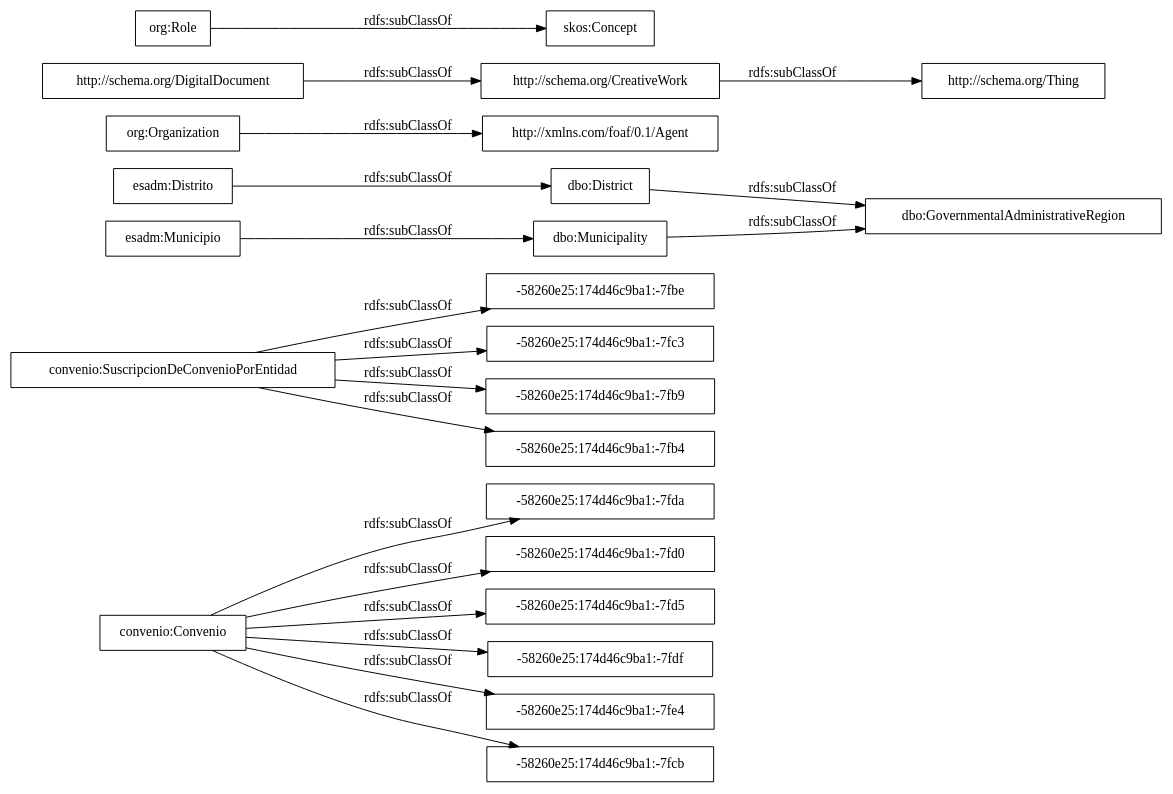
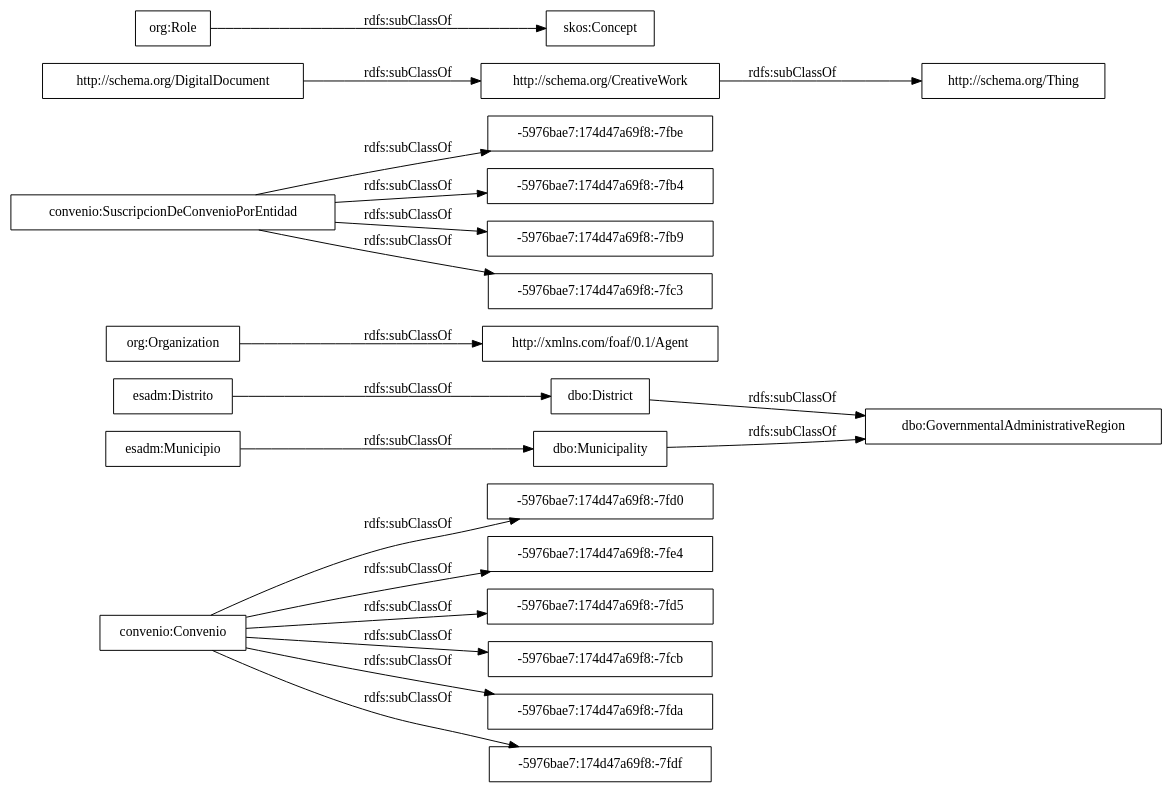
The diagram in OnToology/ontology/convenio.owl/diagrams/ar2dtool-taxonomy/convenio.owl.png.dot (leticiarubalcabadg/vocab-sector-publico-convenios), drawn with Graphviz before and after one commit. The commit also changed 9 other files, not shown here.

```diff
--- a/OnToology/ontology/convenio.owl/diagrams/ar2dtool-taxonomy/convenio.owl.png.dot
+++ b/OnToology/ontology/convenio.owl/diagrams/ar2dtool-taxonomy/convenio.owl.png.dot
@@ -1,24 +1,24 @@
 digraph ar2dtool_diagram { 
 rankdir=LR;
 size="1000"
-node [shape = rectangle, color="black"]; "convenio:Convenio" "-58260e25:174d46c9ba1:-7fda" "-58260e25:174d46c9ba1:-7fbe" "dbo:GovernmentalAdministrativeRegion" "-58260e25:174d46c9ba1:-7fd0" "http://xmlns.com/foaf/0.1/Agent" "http://schema.org/CreativeWork" "-58260e25:174d46c9ba1:-7fd5" "-58260e25:174d46c9ba1:-7fdf" "-58260e25:174d46c9ba1:-7fc3" "dbo:District" "-58260e25:174d46c9ba1:-7fe4" "-58260e25:174d46c9ba1:-7fb9" "convenio:SuscripcionDeConvenioPorEntidad" "esadm:Distrito" "http://schema.org/DigitalDocument" "http://schema.org/Thing" "dbo:Municipality" "skos:Concept" "esadm:Municipio" "org:Organization" "org:Role" "-58260e25:174d46c9ba1:-7fcb" "-58260e25:174d46c9ba1:-7fb4" ; /*classes style*/
-	"convenio:Convenio" -> "-58260e25:174d46c9ba1:-7fd0" [ label = "rdfs:subClassOf" ];
-	"convenio:Convenio" -> "-58260e25:174d46c9ba1:-7fd5" [ label = "rdfs:subClassOf" ];
-	"convenio:Convenio" -> "-58260e25:174d46c9ba1:-7fcb" [ label = "rdfs:subClassOf" ];
-	"convenio:Convenio" -> "-58260e25:174d46c9ba1:-7fda" [ label = "rdfs:subClassOf" ];
-	"convenio:Convenio" -> "-58260e25:174d46c9ba1:-7fdf" [ label = "rdfs:subClassOf" ];
-	"convenio:Convenio" -> "-58260e25:174d46c9ba1:-7fe4" [ label = "rdfs:subClassOf" ];
+node [shape = rectangle, color="black"]; "convenio:Convenio" "dbo:GovernmentalAdministrativeRegion" "http://xmlns.com/foaf/0.1/Agent" "-5976bae7:174d47a69f8:-7fbe" "-5976bae7:174d47a69f8:-7fd0" "-5976bae7:174d47a69f8:-7fb4" "http://schema.org/CreativeWork" "-5976bae7:174d47a69f8:-7fe4" "-5976bae7:174d47a69f8:-7fd5" "dbo:District" "-5976bae7:174d47a69f8:-7fcb" "-5976bae7:174d47a69f8:-7fda" "convenio:SuscripcionDeConvenioPorEntidad" "http://schema.org/DigitalDocument" "http://schema.org/Thing" "esadm:Distrito" "dbo:Municipality" "-5976bae7:174d47a69f8:-7fdf" "skos:Concept" "esadm:Municipio" "org:Organization" "org:Role" "-5976bae7:174d47a69f8:-7fb9" "-5976bae7:174d47a69f8:-7fc3" ; /*classes style*/
+	"convenio:Convenio" -> "-5976bae7:174d47a69f8:-7fcb" [ label = "rdfs:subClassOf" ];
+	"convenio:Convenio" -> "-5976bae7:174d47a69f8:-7fdf" [ label = "rdfs:subClassOf" ];
+	"convenio:Convenio" -> "-5976bae7:174d47a69f8:-7fda" [ label = "rdfs:subClassOf" ];
+	"convenio:Convenio" -> "-5976bae7:174d47a69f8:-7fe4" [ label = "rdfs:subClassOf" ];
+	"convenio:Convenio" -> "-5976bae7:174d47a69f8:-7fd5" [ label = "rdfs:subClassOf" ];
+	"convenio:Convenio" -> "-5976bae7:174d47a69f8:-7fd0" [ label = "rdfs:subClassOf" ];
 	"org:Organization" -> "http://xmlns.com/foaf/0.1/Agent" [ label = "rdfs:subClassOf" ];
 	"http://schema.org/CreativeWork" -> "http://schema.org/Thing" [ label = "rdfs:subClassOf" ];
 	"org:Role" -> "skos:Concept" [ label = "rdfs:subClassOf" ];
-	"convenio:SuscripcionDeConvenioPorEntidad" -> "-58260e25:174d46c9ba1:-7fb4" [ label = "rdfs:subClassOf" ];
-	"convenio:SuscripcionDeConvenioPorEntidad" -> "-58260e25:174d46c9ba1:-7fc3" [ label = "rdfs:subClassOf" ];
-	"convenio:SuscripcionDeConvenioPorEntidad" -> "-58260e25:174d46c9ba1:-7fbe" [ label = "rdfs:subClassOf" ];
-	"convenio:SuscripcionDeConvenioPorEntidad" -> "-58260e25:174d46c9ba1:-7fb9" [ label = "rdfs:subClassOf" ];
+	"convenio:SuscripcionDeConvenioPorEntidad" -> "-5976bae7:174d47a69f8:-7fb4" [ label = "rdfs:subClassOf" ];
+	"convenio:SuscripcionDeConvenioPorEntidad" -> "-5976bae7:174d47a69f8:-7fbe" [ label = "rdfs:subClassOf" ];
+	"convenio:SuscripcionDeConvenioPorEntidad" -> "-5976bae7:174d47a69f8:-7fc3" [ label = "rdfs:subClassOf" ];
+	"convenio:SuscripcionDeConvenioPorEntidad" -> "-5976bae7:174d47a69f8:-7fb9" [ label = "rdfs:subClassOf" ];
 	"esadm:Distrito" -> "dbo:District" [ label = "rdfs:subClassOf" ];
 	"dbo:Municipality" -> "dbo:GovernmentalAdministrativeRegion" [ label = "rdfs:subClassOf" ];
 	"dbo:District" -> "dbo:GovernmentalAdministrativeRegion" [ label = "rdfs:subClassOf" ];
 	"http://schema.org/DigitalDocument" -> "http://schema.org/CreativeWork" [ label = "rdfs:subClassOf" ];
 	"esadm:Municipio" -> "dbo:Municipality" [ label = "rdfs:subClassOf" ];
 
 }
```
